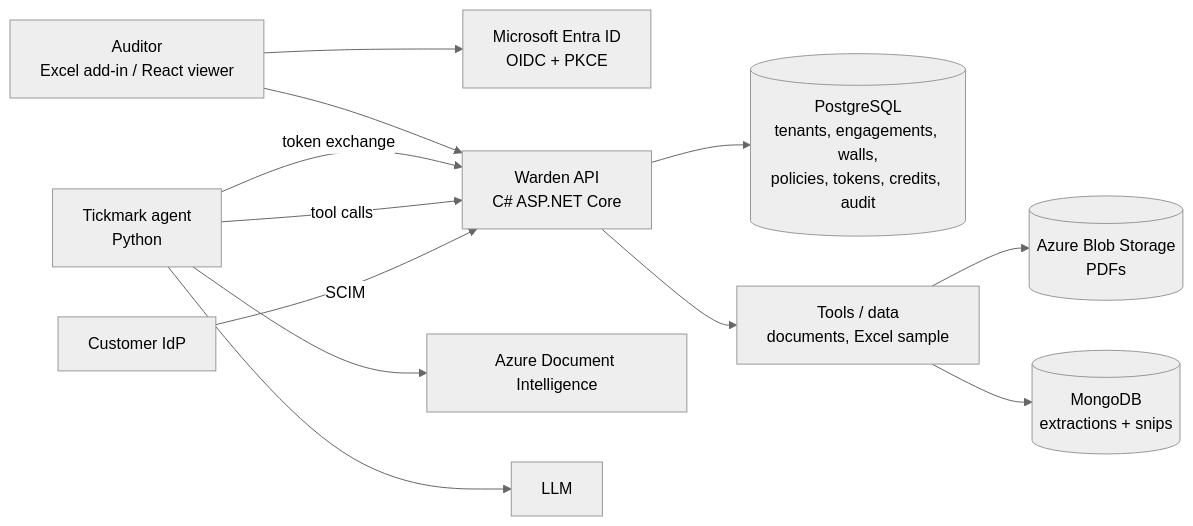
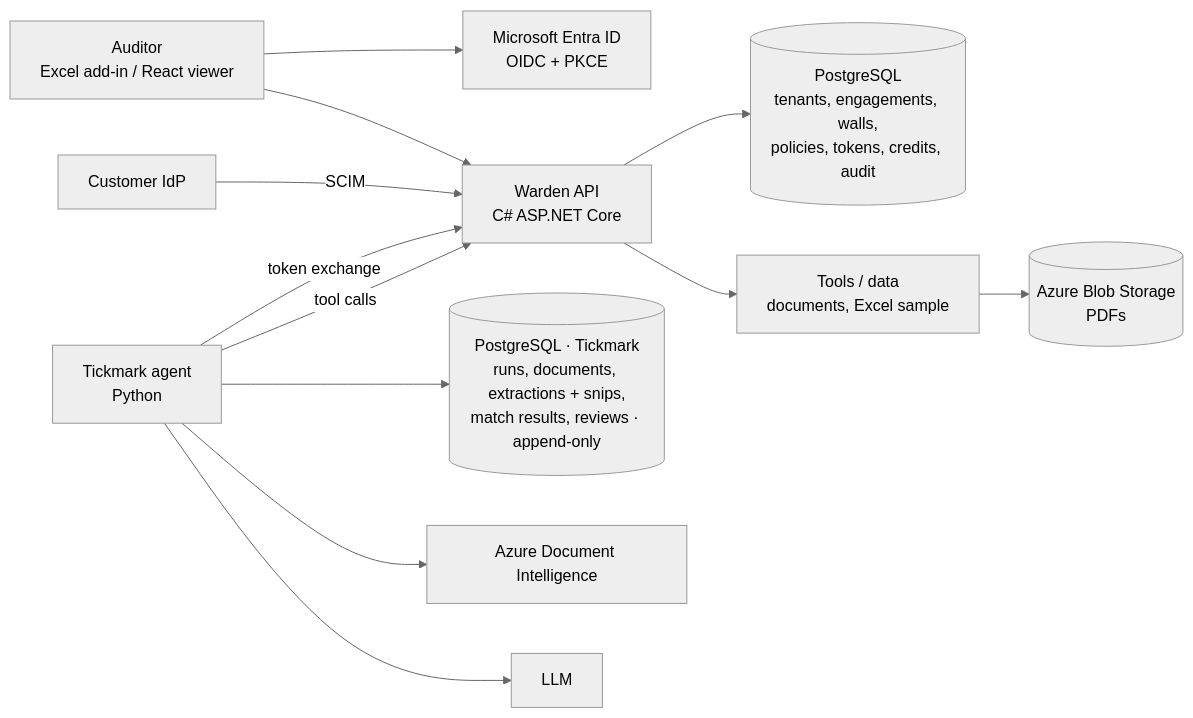
Before and after one commit to musishere/Warden-tickmark: the diagram in warden-tickmark-project-plan.md, drawn with Mermaid (neutral theme). The commit also changed other lines of this file and 29 other files, not shown here.

First line of the commit message:
feat: implement PostgreSQL audit trail and evidence storage for Tickmark

````diff
--- a/warden-tickmark-project-plan.md
+++ b/warden-tickmark-project-plan.md
@@ -71,14 +71,14 @@
 ```mermaid
 flowchart LR
     U[Auditor<br/>Excel add-in / React viewer] --> ENTRA[Microsoft Entra ID<br/>OIDC + PKCE]
     U --> W[Warden API<br/>C# ASP.NET Core]
     T[Tickmark agent<br/>Python] -->|token exchange| W
     T -->|tool calls| W
     W --> PG[(PostgreSQL<br/>tenants, engagements, walls,<br/>policies, tokens, credits, audit)]
     W --> TOOLS[Tools / data<br/>documents, Excel sample]
     TOOLS --> BLOB[(Azure Blob Storage<br/>PDFs)]
-    TOOLS --> MDB[(MongoDB<br/>extractions + snips)]
+    T --> TPG[(PostgreSQL · Tickmark<br/>runs, documents, extractions + snips,<br/>match results, reviews · append-only)]
     T --> DI[Azure Document Intelligence]
     T --> LLM[LLM]
     IDP[Customer IdP] -->|SCIM| W
 ```
````
